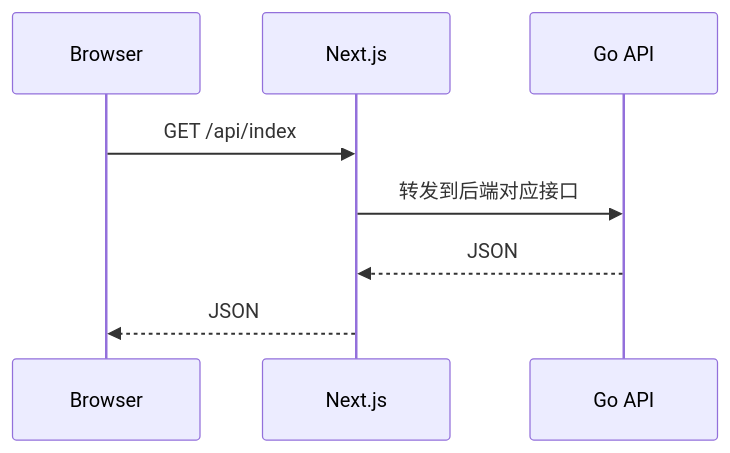
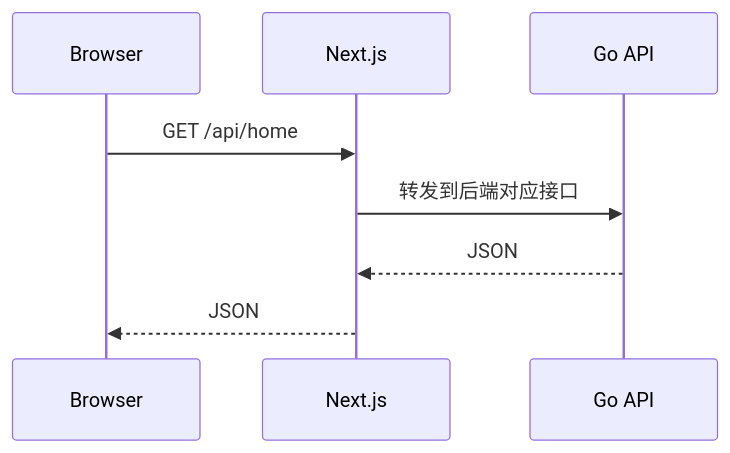
The second of 2 diagrams in web/README.md (fe-spark/EcoHub), drawn with Mermaid before and after one commit. The commit also changed other lines of this file and 21 other files, not shown here.

````diff
--- a/web/README.md
+++ b/web/README.md
@@ -108,11 +108,11 @@
 ```mermaid
 sequenceDiagram
     participant Browser
     participant Next as Next.js
     participant API as Go API
 
-    Browser->>Next: GET /api/index
+    Browser->>Next: GET /api/home
     Next->>API: 转发到后端对应接口
     API-->>Next: JSON
     Next-->>Browser: JSON
 ```
````
